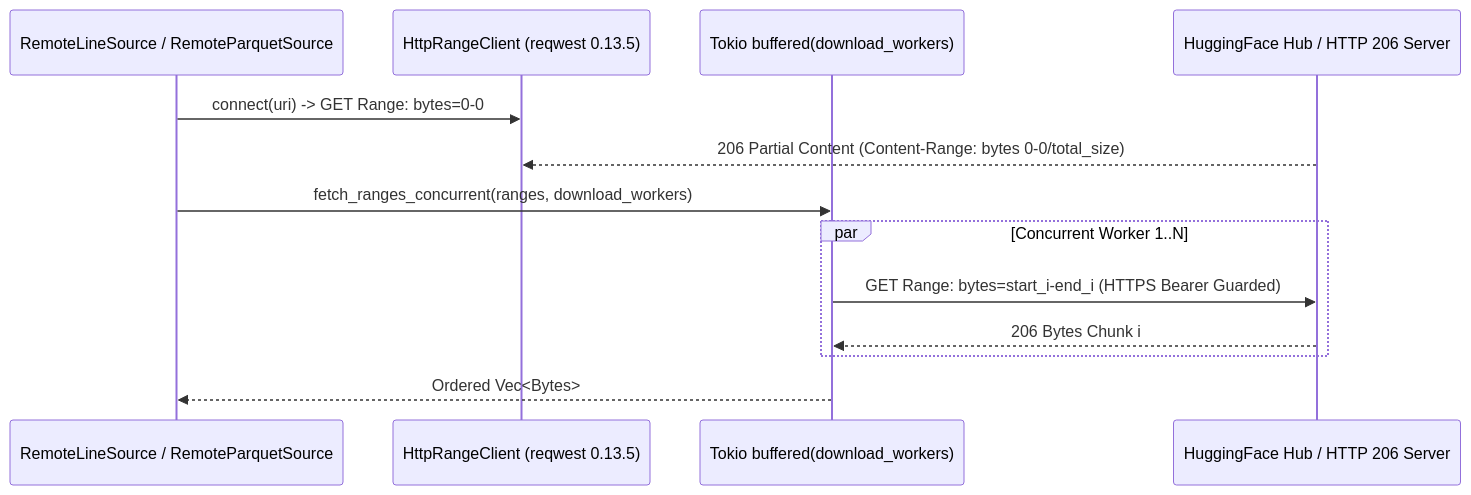
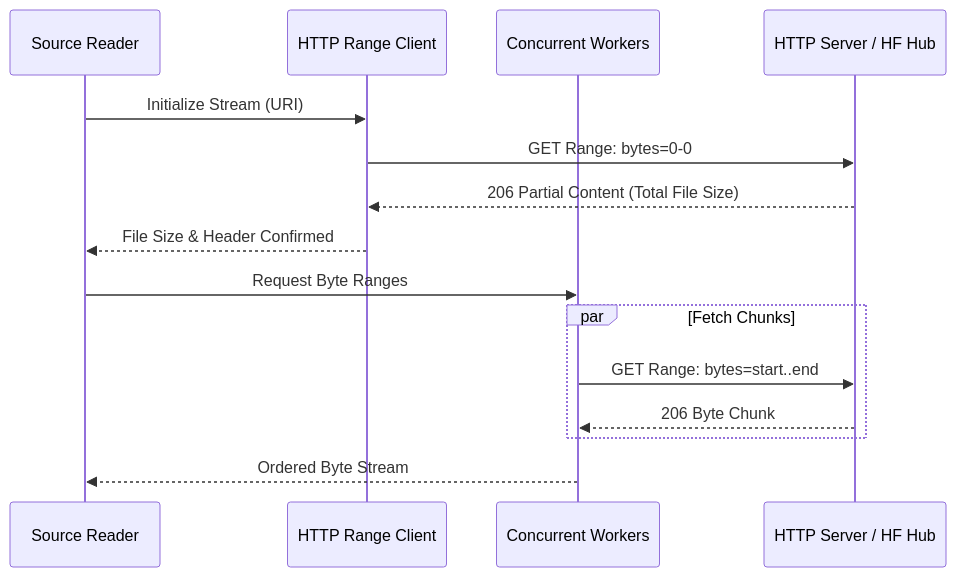
The diagram in docs/dataloader/sources_and_streaming/README.md (cloverx-id/luminamoon), drawn with Mermaid before and after one commit. The commit also changed 33 other files, not shown here.

Commit message:
change diagram style

````diff
--- a/docs/dataloader/sources_and_streaming/README.md
+++ b/docs/dataloader/sources_and_streaming/README.md
@@ -26,16 +26,19 @@
 ```mermaid
 sequenceDiagram
-    participant Loader as RemoteLineSource / RemoteParquetSource
-    participant Client as HttpRangeClient (reqwest 0.13.5)
-    participant Pool as Tokio buffered(download_workers)
-    participant Hub as HuggingFace Hub / HTTP 206 Server
+    participant Loader as Source Reader
+    participant Client as HTTP Range Client
+    participant Pool as Concurrent Workers
+    participant Server as HTTP Server / HF Hub
 
-    Loader->>Client: connect(uri) -> GET Range: bytes=0-0
-    Hub-->>Client: 206 Partial Content (Content-Range: bytes 0-0/total_size)
-    Loader->>Pool: fetch_ranges_concurrent(ranges, download_workers)
-    par Concurrent Worker 1..N
-        Pool->>Hub: GET Range: bytes=start_i-end_i (HTTPS Bearer Guarded)
-        Hub-->>Pool: 206 Bytes Chunk i
+    Loader->>Client: Initialize Stream (URI)
+    Client->>Server: GET Range: bytes=0-0
+    Server-->>Client: 206 Partial Content (Total File Size)
+    Client-->>Loader: File Size & Header Confirmed
+
+    Loader->>Pool: Request Byte Ranges
+    par Fetch Chunks
+        Pool->>Server: GET Range: bytes=start..end
+        Server-->>Pool: 206 Byte Chunk
     end
-    Pool-->>Loader: Ordered Vec<Bytes>
+    Pool-->>Loader: Ordered Byte Stream
 ```
````
